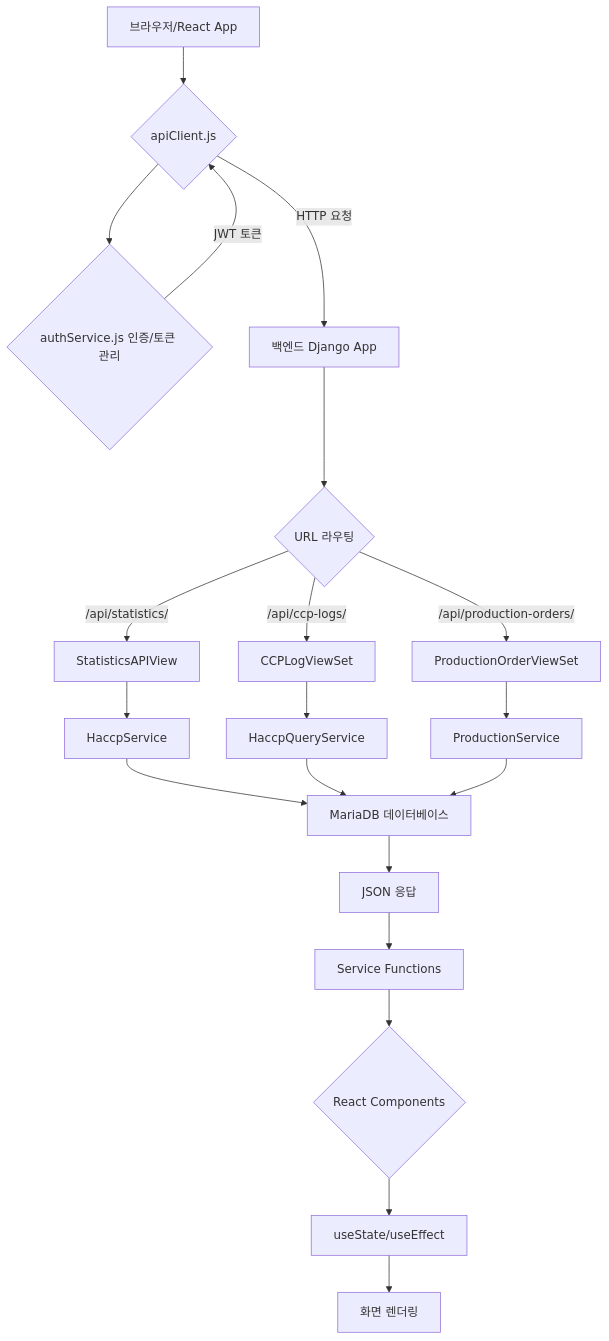
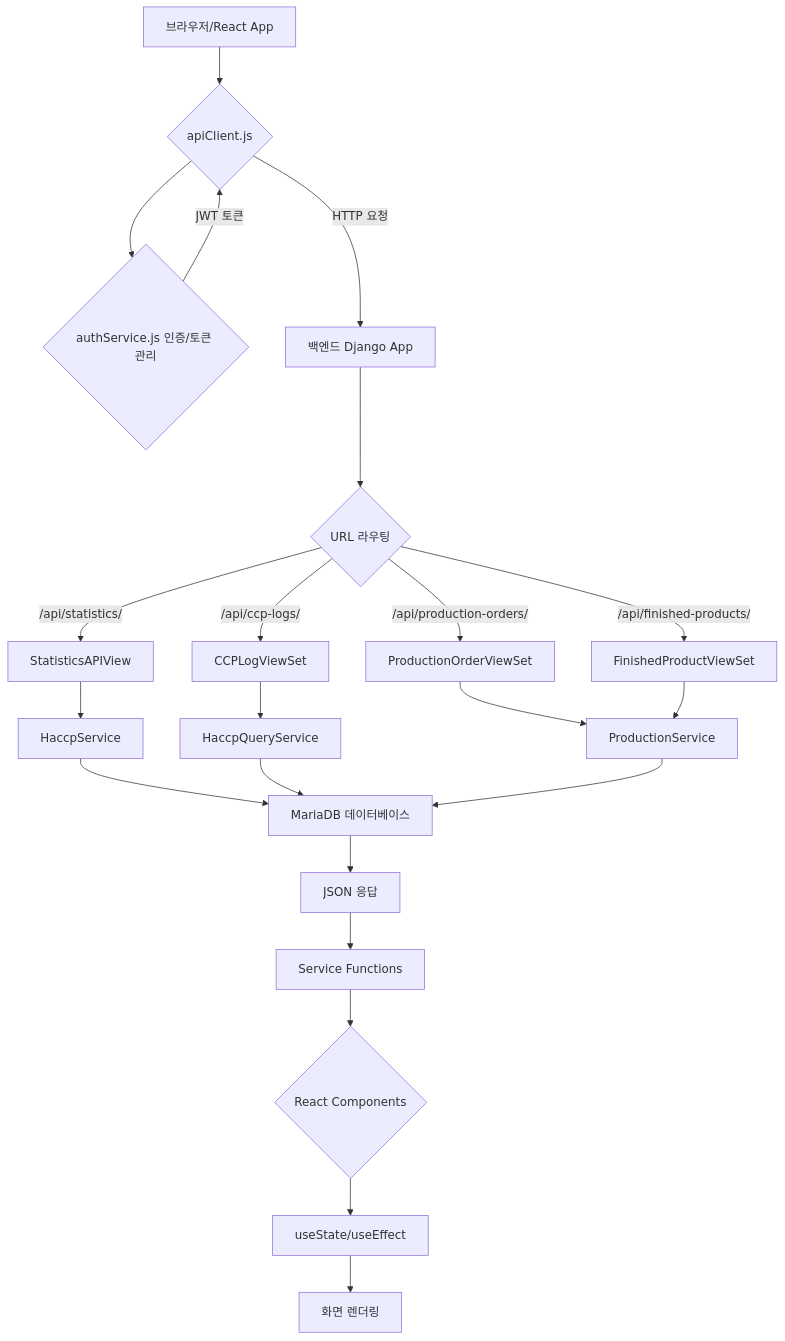
The second of 7 diagrams in docs/SYSTEM_DATA_FLOW.md (Heo-Jae-Young/mes-project), drawn with Mermaid before and after one commit. The commit also changed other lines of this file and 4 other files, not shown here.

````diff
--- a/docs/SYSTEM_DATA_FLOW.md
+++ b/docs/SYSTEM_DATA_FLOW.md
@@ -170,22 +172,24 @@
 ```mermaid
 graph TD
     A[브라우저/React App] --> B{apiClient.js};
     B --> C{authService.js 인증/토큰 관리};
     C -- JWT 토큰 --> B;
     B -- HTTP 요청 --> D[백엔드 Django App];
     D --> E{URL 라우팅}; 
     E -- /api/statistics/ --> F[StatisticsAPIView];
     E -- /api/ccp-logs/ --> G[CCPLogViewSet];
     E -- /api/production-orders/ --> H[ProductionOrderViewSet];
+    E -- /api/finished-products/ --> H2[FinishedProductViewSet];
     F --> I[HaccpService];
     G --> J[HaccpQueryService];
     H --> K[ProductionService];
+    H2 --> K;
     I --> L[MariaDB 데이터베이스];
     J --> L;
     K --> L;
     L --> M[JSON 응답];
     M --> N[Service Functions];
     N --> O{React Components};
     O --> P[useState/useEffect];
     P --> Q[화면 렌더링];
 ```
````
